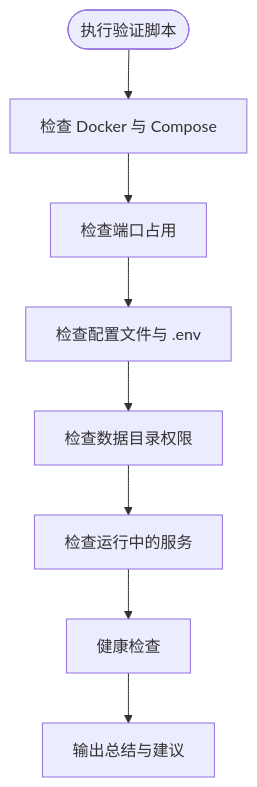
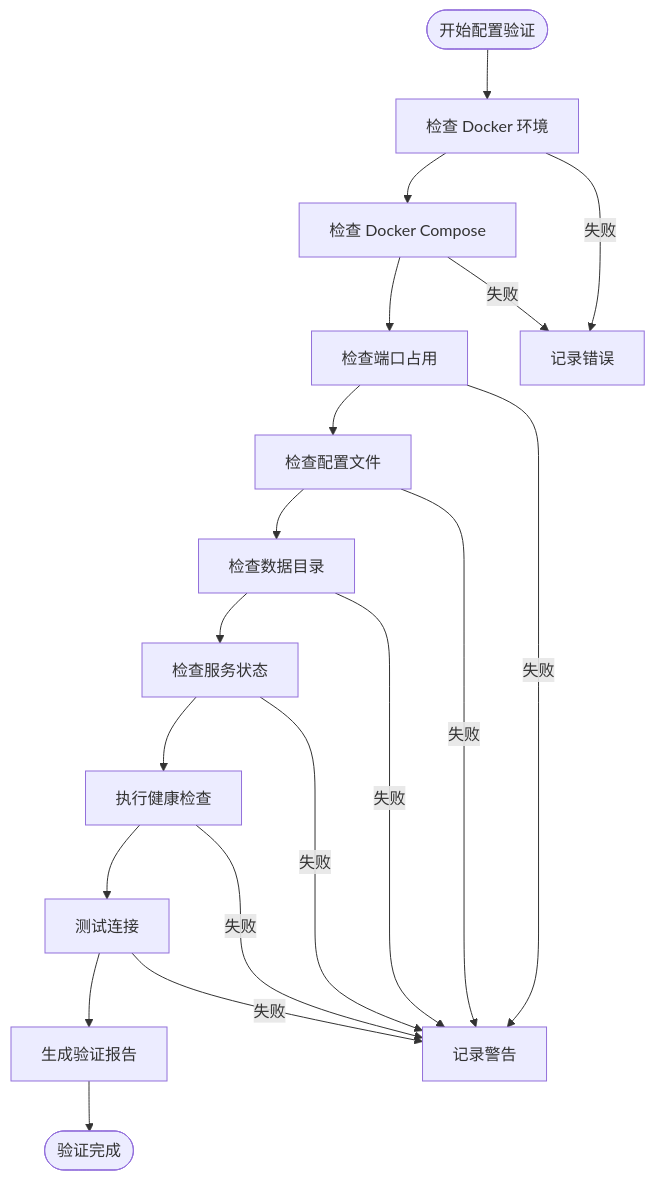
Before and after one commit to lyyzzz6/AIops: the seventh of 9 diagrams in .qoder/repowiki/zh/content/部署与运维/环境配置管理.md, drawn with Mermaid. The commit also changed other lines of this file and 371 other files, not shown here.

````diff
--- a/.qoder/repowiki/zh/content/部署与运维/环境配置管理.md
+++ b/.qoder/repowiki/zh/content/部署与运维/环境配置管理.md
@@ -438,10 +357,21 @@
 ```mermaid
 flowchart TD
-Start(["执行验证脚本"]) --> CheckDocker["检查 Docker 与 Compose"]
-CheckDocker --> Ports["检查端口占用"]
-Ports --> Files["检查配置文件与 .env"]
-Files --> DataDir["检查数据目录权限"]
-DataDir --> Services["检查运行中的服务"]
-Services --> Health["健康检查"]
-Health --> Summary["输出总结与建议"]
+Start([开始配置验证]) --> CheckDocker["检查 Docker 环境"]
+CheckDocker --> CheckCompose["检查 Docker Compose"]
+CheckCompose --> CheckPorts["检查端口占用"]
+CheckPorts --> CheckFiles["检查配置文件"]
+CheckFiles --> CheckDirs["检查数据目录"]
+CheckDirs --> CheckServices["检查服务状态"]
+CheckServices --> HealthCheck["执行健康检查"]
+HealthCheck --> TestConnections["测试连接"]
+TestConnections --> Report["生成验证报告"]
+Report --> End([验证完成])
+CheckDocker --> |失败| Error[记录错误]
+CheckCompose --> |失败| Error
+CheckPorts --> |失败| Warning[记录警告]
+CheckFiles --> |失败| Warning
+CheckDirs --> |失败| Warning
+CheckServices --> |失败| Warning
+HealthCheck --> |失败| Warning
+TestConnections --> |失败| Warning
 ```
````
